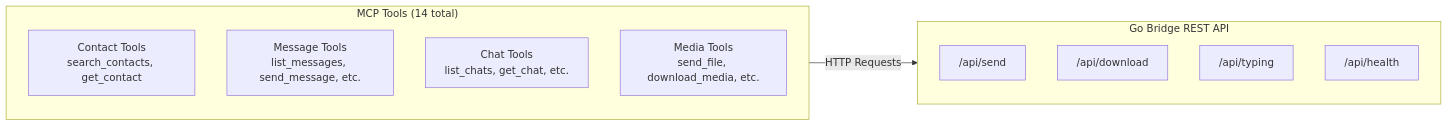
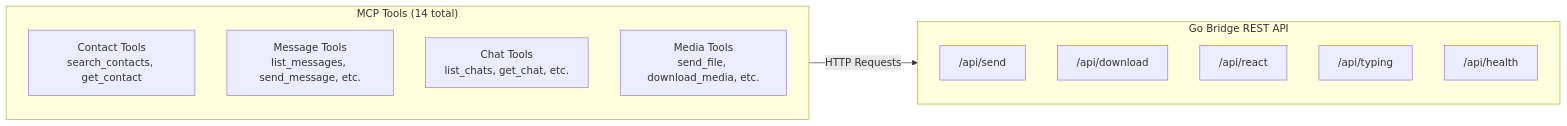
The second of 4 diagrams in README.md (Tauri-EPO/whatsapp-mcp), drawn with Mermaid before and after one commit. The commit also changed other lines of this file and 6 other files, not shown here.

First line of the commit message:
feat: capture inbound reactions and add /api/react endpoint (#108)

````diff
--- a/README.md
+++ b/README.md
@@ -489,20 +508,21 @@
 ```mermaid
 flowchart LR
     subgraph GoAPI["Go Bridge REST API"]
         direction TB
         SEND["/api/send"]
         DOWN["/api/download"]
+        REACT["/api/react"]
         TYPE["/api/typing"]
         HEALTH["/api/health"]
     end
 
     subgraph MCPTools["MCP Tools (14 total)"]
         direction TB
         CONT["Contact Tools<br/>search_contacts, get_contact"]
         MSG["Message Tools<br/>list_messages, send_message, etc."]
         CHAT["Chat Tools<br/>list_chats, get_chat, etc."]
         MEDIA["Media Tools<br/>send_file, download_media, etc."]
     end
 
     MCPTools -->|HTTP Requests| GoAPI
 ```
````
